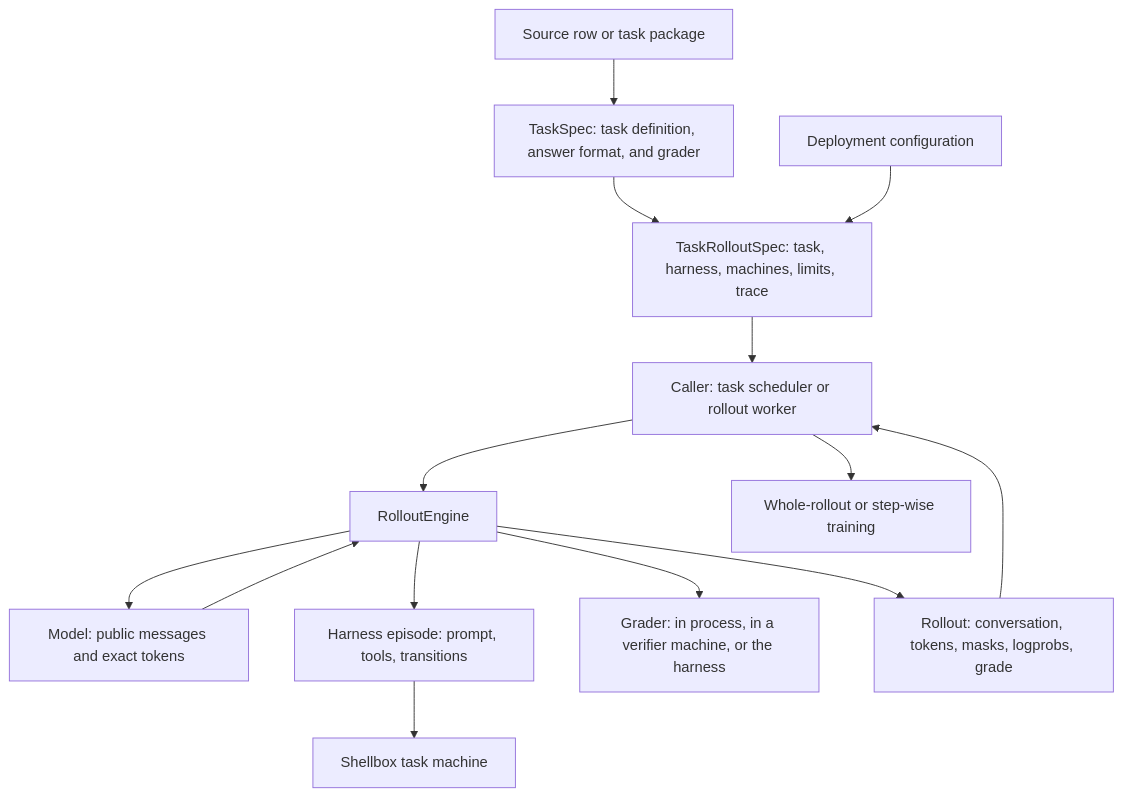
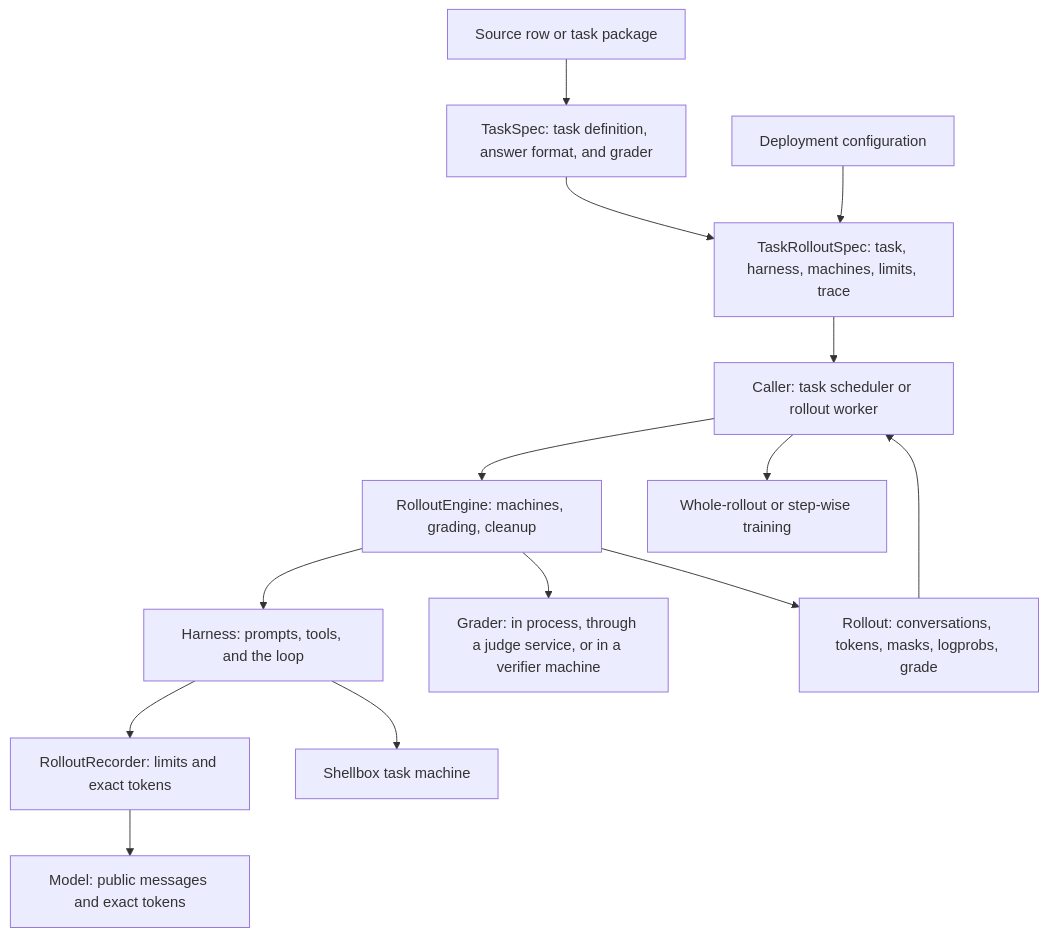
The first of 2 diagrams in docs/references/task-rollouts.md (marin-community/marin), drawn with Mermaid before and after one commit. The commit also changed other lines of this file and 24 other files, not shown here.

````diff
--- a/docs/references/task-rollouts.md
+++ b/docs/references/task-rollouts.md
@@ -10,16 +10,16 @@
 ```mermaid
 flowchart TD
     Source[Source row or task package] --> Task[TaskSpec: task definition, answer format, and grader]
     Task --> Spec[TaskRolloutSpec: task, harness, machines, limits, trace]
     Config[Deployment configuration] --> Spec
     Spec --> Caller[Caller: task scheduler or rollout worker]
-    Caller --> Engine[RolloutEngine]
-    Engine --> Model[Model: public messages and exact tokens]
-    Model --> Engine
-    Engine --> Episode[Harness episode: prompt, tools, transitions]
-    Episode --> Machine[Shellbox task machine]
-    Engine --> Grader[Grader: in process, in a verifier machine, or the harness]
-    Engine --> Record[Rollout: conversation, tokens, masks, logprobs, grade]
+    Caller --> Engine[RolloutEngine: machines, grading, cleanup]
+    Engine --> Harness[Harness: prompts, tools, and the loop]
+    Harness --> Recorder[RolloutRecorder: limits and exact tokens]
+    Recorder --> Model[Model: public messages and exact tokens]
+    Harness --> Machine[Shellbox task machine]
+    Engine --> Grader[Grader: in process, through a judge service, or in a verifier machine]
+    Engine --> Record[Rollout: conversations, tokens, masks, logprobs, grade]
     Record --> Caller
     Caller --> Train[Whole-rollout or step-wise training]
 ```
````
